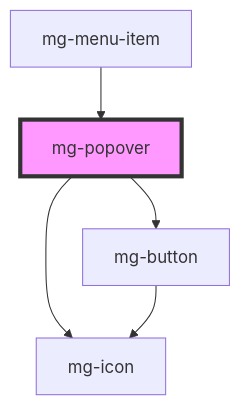
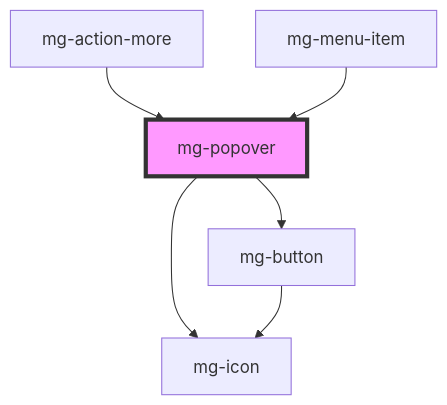
Before and after one commit to MGDIS/mg-components: the diagram in src/components/molecules/mg-popover/readme.md, drawn with Mermaid. The commit also changed other lines of this file and 27 other files, not shown here.

First line of the commit message:
feat(mgActionMore): implement mg-action-more in mg-action-menu

````diff
--- a/src/components/molecules/mg-popover/readme.md
+++ b/src/components/molecules/mg-popover/readme.md
@@ -98,8 +99,9 @@
 ```mermaid
 graph TD;
   mg-popover --> mg-button
   mg-popover --> mg-icon
   mg-button --> mg-icon
+  mg-action-more --> mg-popover
   mg-menu-item --> mg-popover
   style mg-popover fill:#f9f,stroke:#333,stroke-width:4px
 ```
````
